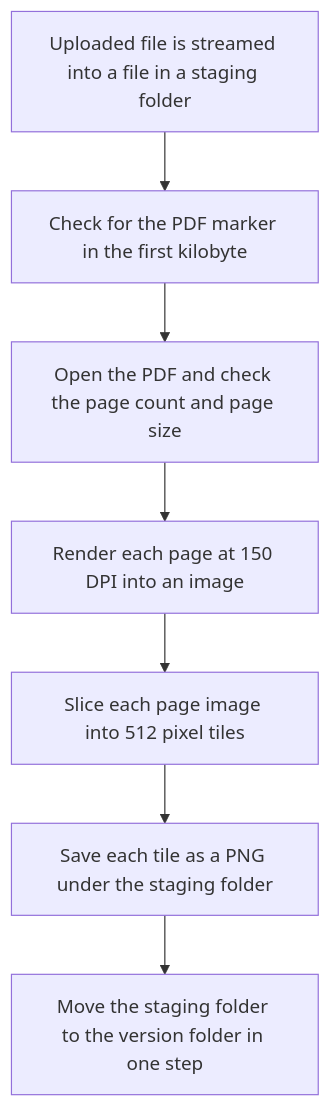
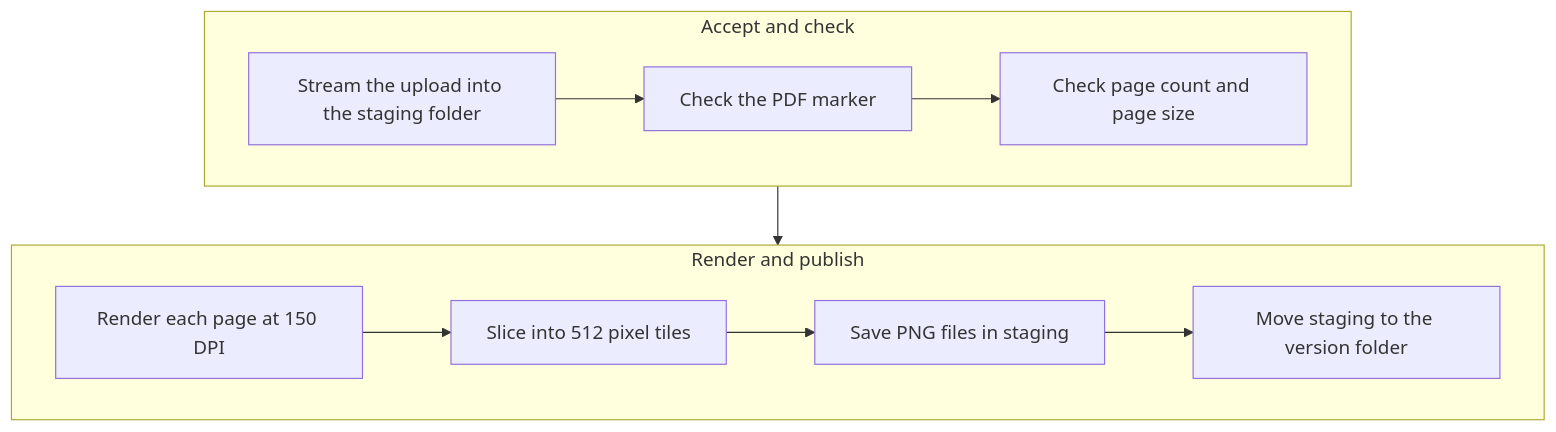
One commit to Sriram-Codes-SW/secure-doc-viewer changed the first of 3 diagrams in book/part-2-backend/17-files-images-pdfs-signatures.md. Above: the diagram before and after it, drawn with Mermaid. The commit also changed other lines of this file and 59 other files, not shown here.

Commit message:
Book: round 2 fixes (Ch 40/41 trim and Figure 41.5, wide diagrams, glossary bolding, star labels, EPUB metadata, contrast theme)

````diff
--- a/book/part-2-backend/17-files-images-pdfs-signatures.md
+++ b/book/part-2-backend/17-files-images-pdfs-signatures.md
@@ -138,9 +138,15 @@
 ```mermaid
 flowchart TB
-    U["Uploaded file is streamed into a file in a staging folder"] --> S["Check for the PDF marker in the first kilobyte"]
-    S --> L["Open the PDF and check the page count and page size"]
-    L --> R["Render each page at 150 DPI into an image"]
-    R --> T["Slice each page image into 512 pixel tiles"]
-    T --> P["Save each tile as a PNG under the staging folder"]
-    P --> M["Move the staging folder to the version folder in one step"]
+    subgraph ROW1["Accept and check"]
+        direction LR
+        U["Stream the upload into the staging folder"] --> S["Check the PDF marker"]
+        S --> L["Check page count and page size"]
+    end
+    subgraph ROW2["Render and publish"]
+        direction LR
+        R["Render each page at 150 DPI"] --> T["Slice into 512 pixel tiles"]
+        T --> P["Save PNG files in staging"]
+        P --> M["Move staging to the version folder"]
+    end
+    ROW1 --> ROW2
 ```
````
